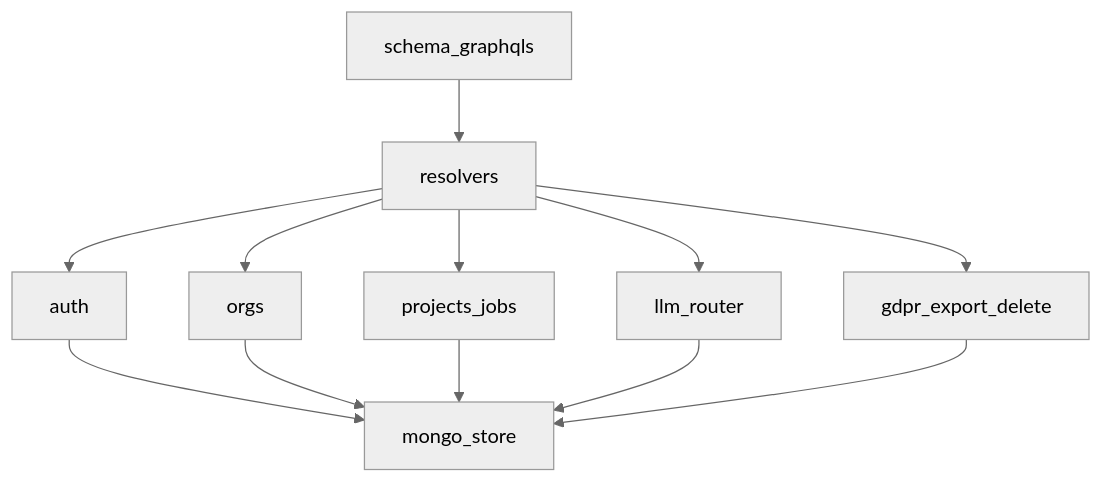
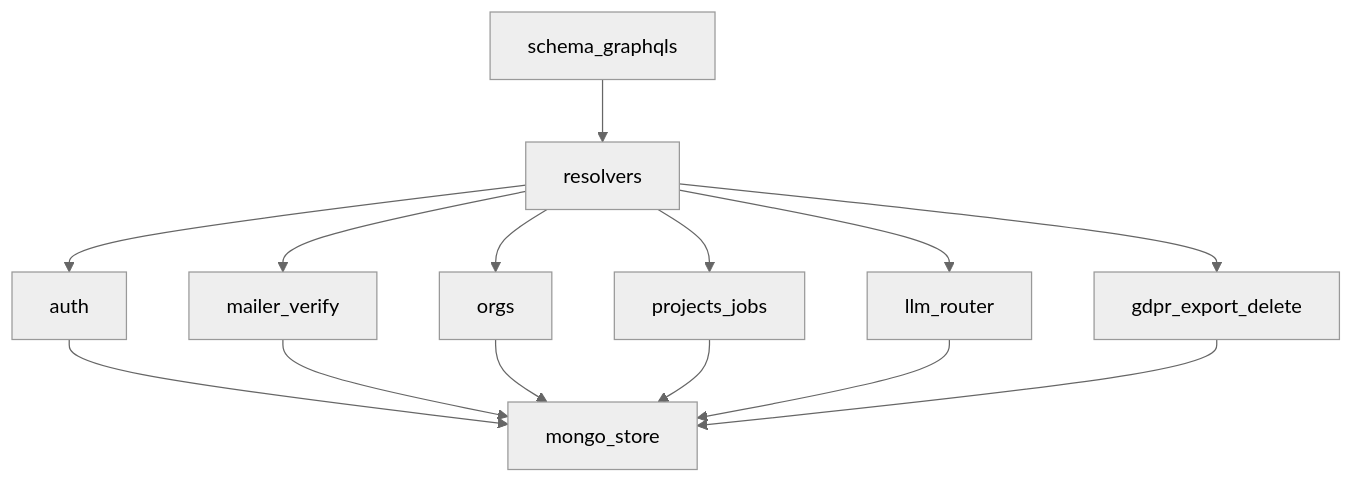
Before and after one commit to emrahyasinisik/Cherry: the second of 2 diagrams in docs/backend-graphql.md, drawn with Mermaid (neutral theme). The commit also changed other lines of this file and 12 other files, not shown here.

````diff
--- a/docs/backend-graphql.md
+++ b/docs/backend-graphql.md
@@ -33,14 +33,16 @@
 ```mermaid
 flowchart TB
   Schema[schema_graphqls] --> Resolvers[resolvers]
   Resolvers --> Auth[auth]
+  Resolvers --> Mail[mailer_verify]
   Resolvers --> Orgs[orgs]
   Resolvers --> Projects[projects_jobs]
   Resolvers --> LLM[llm_router]
   Resolvers --> Privacy[gdpr_export_delete]
   Auth --> Store[mongo_store]
+  Mail --> Store
   Orgs --> Store
   Projects --> Store
   LLM --> Store
   Privacy --> Store
 ```
````
